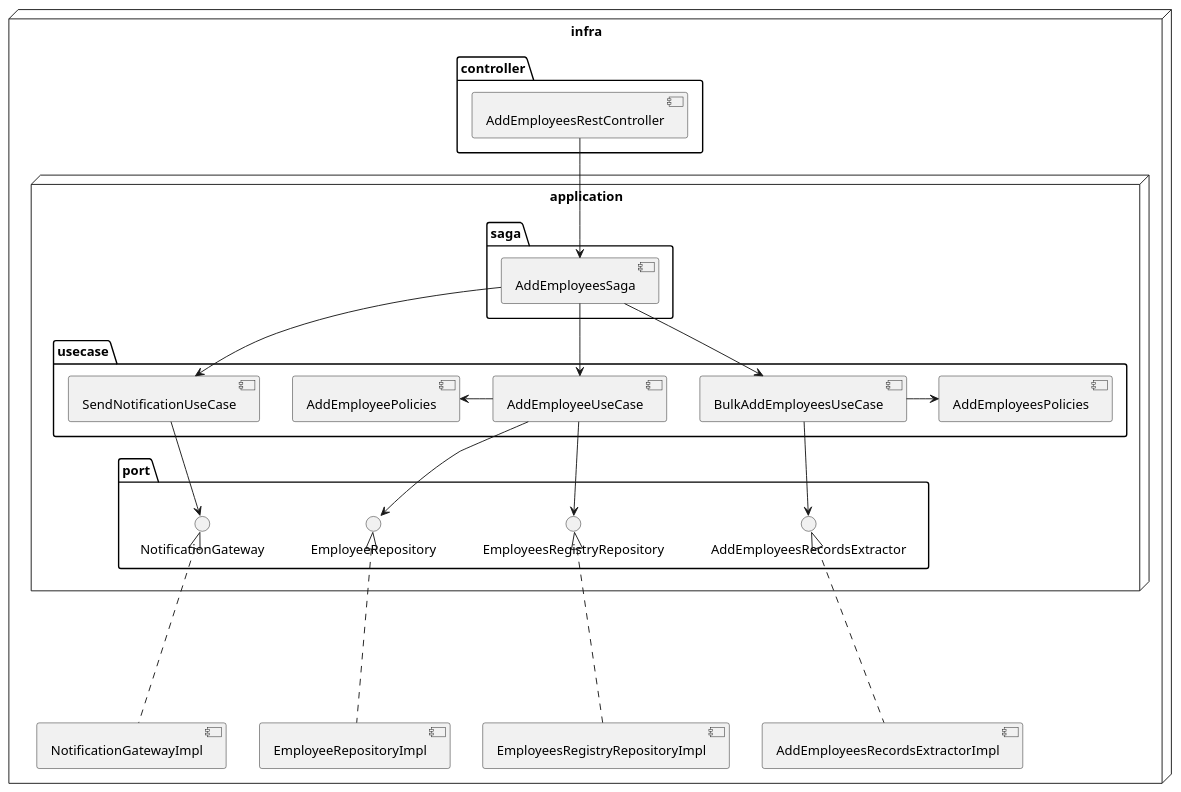
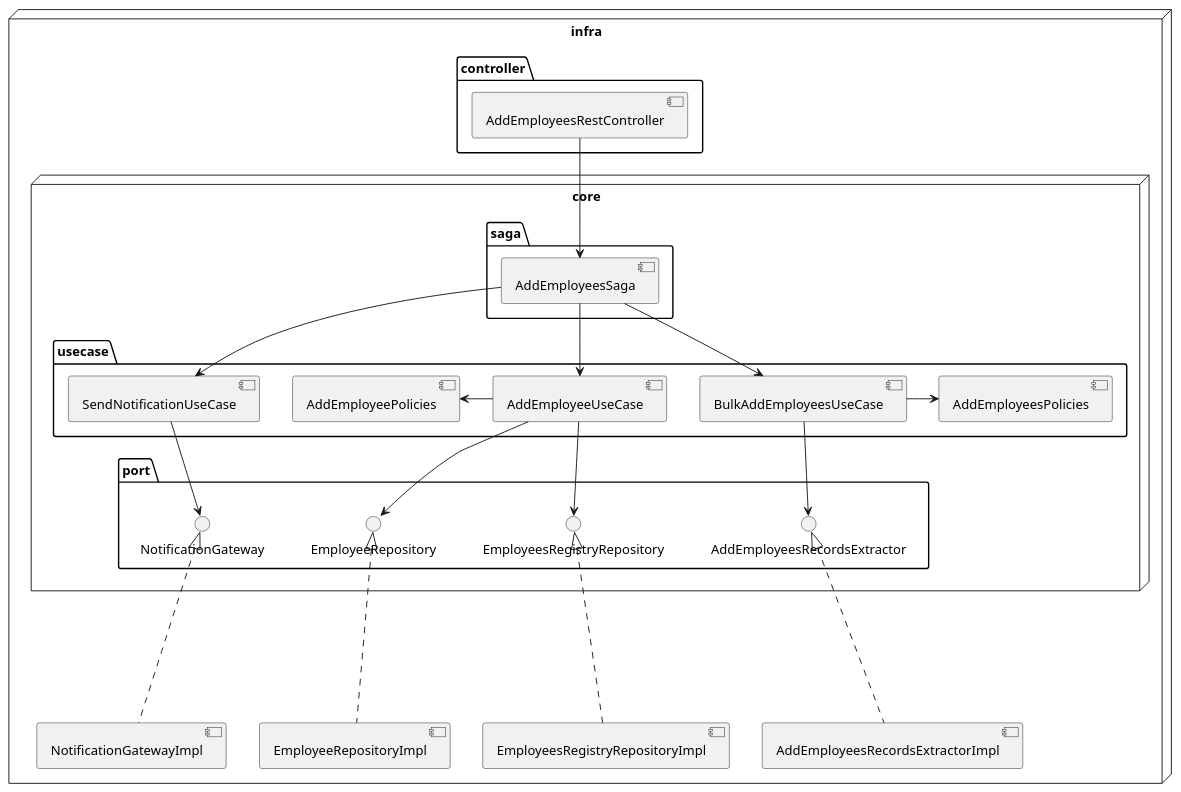
Before and after one commit to TristanoSuriani/DeclarativeDesign: the diagram in docs/AddEmployees.puml, drawn with PlantUML. The commit also changed 48 other files, not shown here.

```diff
--- a/docs/AddEmployees.puml
+++ b/docs/AddEmployees.puml
@@ -1,52 +1,52 @@
 @startuml
 node infra {
     package controller {
         ["AddEmployeesRestController"]
     }
 
-    node application {
+    node core {
         package saga {
             ["AddEmployeesSaga"]
         }
 
         package usecase {
             ["BulkAddEmployeesUseCase"]
             ["AddEmployeeUseCase"]
             ["SendNotificationUseCase"]
             ["AddEmployeePolicies"]
             ["AddEmployeesPolicies"]
         }
 
         package port {
             interface AddEmployeesRecordsExtractor
             interface EmployeesRegistryRepository
             interface EmployeeRepository
             interface NotificationGateway
         }
     }
 
     component AddEmployeesRecordsExtractorImpl
     component EmployeesRegistryRepositoryImpl
     component EmployeeRepositoryImpl
     component NotificationGatewayImpl
 }
 
 
 
 ["AddEmployeesRestController"] -down-> ["AddEmployeesSaga"]
 ["AddEmployeesSaga"] -down-> ["BulkAddEmployeesUseCase"]
 ["AddEmployeesSaga"] -down-> ["AddEmployeeUseCase"]
 ["AddEmployeesSaga"] -down-> ["SendNotificationUseCase"]
 
 ["BulkAddEmployeesUseCase"] -down-> AddEmployeesRecordsExtractor
 ["SendNotificationUseCase"] -down-> NotificationGateway
 ["AddEmployeeUseCase"] -down-> EmployeesRegistryRepository
 ["AddEmployeeUseCase"] -down-> EmployeeRepository
 ["BulkAddEmployeesUseCase"] -right-> ["AddEmployeesPolicies"]
 ["AddEmployeeUseCase"] -left-> ["AddEmployeePolicies"]
 
 AddEmployeesRecordsExtractorImpl ..up..|> AddEmployeesRecordsExtractor
 EmployeesRegistryRepositoryImpl ..up..|> EmployeesRegistryRepository
 EmployeeRepositoryImpl ..up..|> EmployeeRepository
 NotificationGatewayImpl ..up..|> NotificationGateway
 @enduml
```
